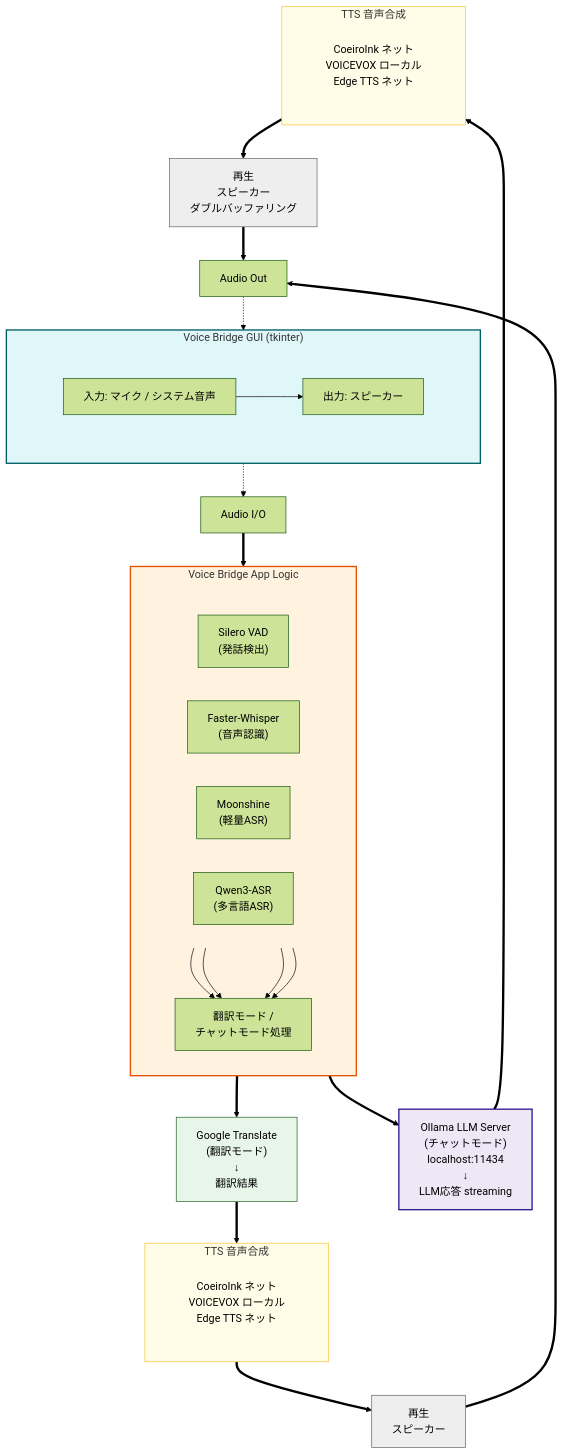
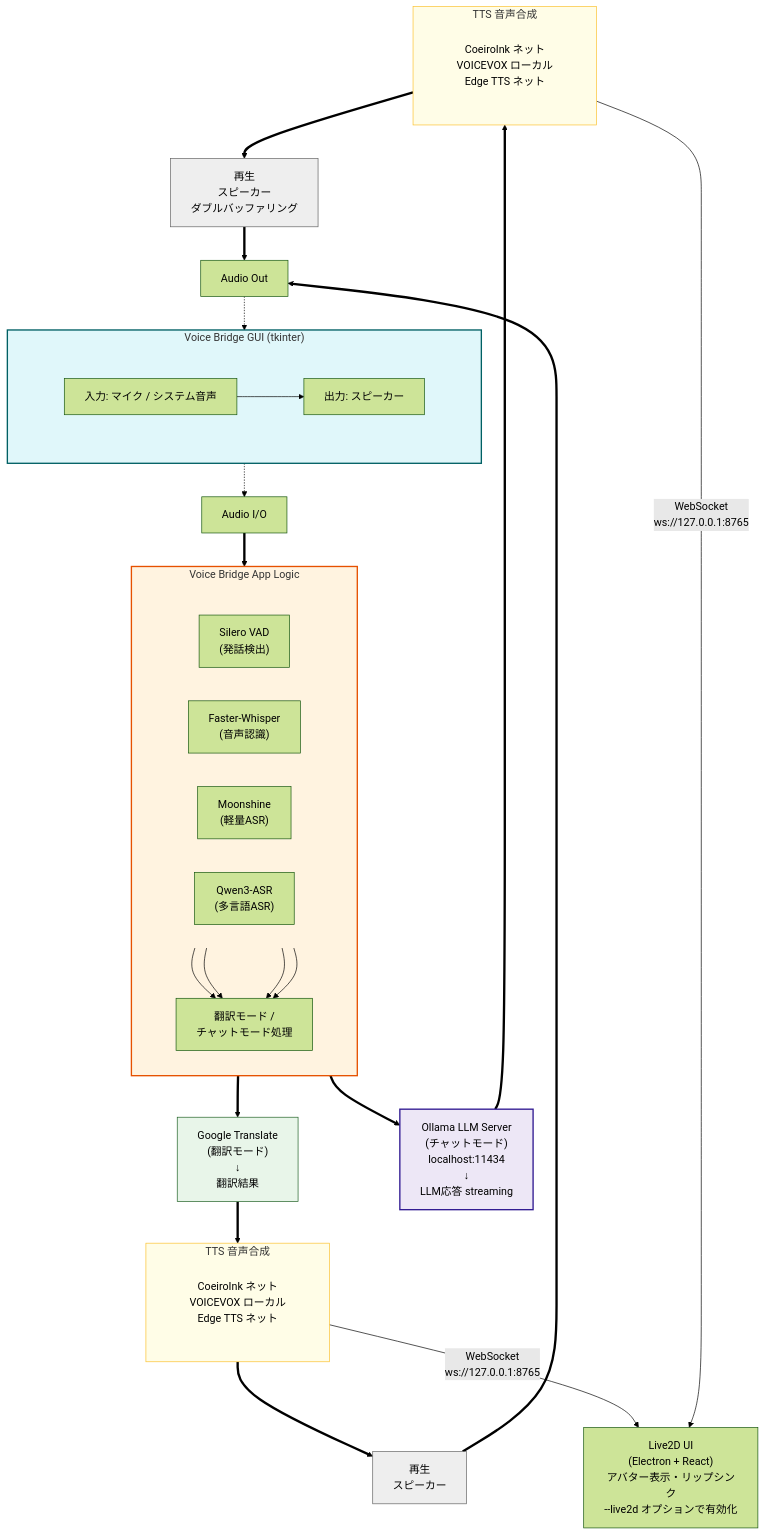
Before and after one commit to zephel01/voice-bridge: the diagram in docs/reference/ARCHITECTURE.md, drawn with Mermaid (forest theme). The commit also changed other lines of this file and 7 other files, not shown here.

````diff
--- a/docs/reference/ARCHITECTURE.md
+++ b/docs/reference/ARCHITECTURE.md
@@ -7,71 +7,75 @@
 ```mermaid
 graph TD
     %% GUI section
     subgraph GUI ["Voice Bridge GUI (tkinter)"]
         direction TB
         subgraph IO [" "]
             direction LR
             Input[入力: マイク / システム音声] --> Output[出力: スピーカー]
         end
     end
 
     %% I/O connectors
     Input -.-> AudioIO[Audio I/O]
     AudioOut[Audio Out] -.-> Output
 
     %% Core Logic section
     subgraph AppLogic ["Voice Bridge App Logic"]
         direction TB
 
         subgraph Detection [" "]
             direction LR
             VAD["Silero VAD<br/>(発話検出)"]
             Whisper["Faster-Whisper<br/>(音声認識)"]
             Moonshine["Moonshine<br/>(軽量ASR)"]
             Qwen3["Qwen3-ASR<br/>(多言語ASR)"]
         end
 
         VAD & Whisper & Moonshine & Qwen3 --> Process["翻訳モード /<br/>チャットモード処理"]
     end
 
     %% I/O to Logic
     AudioIO ==> VAD
 
     %% External Services
     Process ==> GoogleTrans["Google Translate<br/>(翻訳モード)<br/>↓<br/>翻訳結果"]
     Process ==> Ollama["Ollama LLM Server<br/>(チャットモード)<br/>localhost:11434<br/>↓<br/>LLM応答 streaming"]
 
     %% Translation mode path
     subgraph TTSTrans ["TTS 音声合成"]
         direction TB
         TTS_Options1["CoeiroInk ネット<br/>VOICEVOX ローカル<br/>Edge TTS ネット"]
     end
     GoogleTrans ==> TTSTrans
     TTSTrans ==> Play1["再生<br/>スピーカー"]
 
     %% Chat mode path
     subgraph TTSChat ["TTS 音声合成"]
         direction TB
         TTS_Options2["CoeiroInk ネット<br/>VOICEVOX ローカル<br/>Edge TTS ネット"]
     end
     Ollama ==> TTSChat
     TTSChat ==> Play2["再生<br/>スピーカー<br/>ダブルバッファリング"]
 
+    %% Live2D UI（翻訳・チャット共通オプション）
+    TTSTrans -->|"WebSocket<br/>ws://127.0.0.1:8765"| Live2D["Live2D UI<br/>(Electron + React)<br/>アバター表示・リップシンク<br/>--live2d オプションで有効化"]
+    TTSChat  -->|"WebSocket<br/>ws://127.0.0.1:8765"| Live2D
+
     %% Final output
     Play1 ==> AudioOut
     Play2 ==> AudioOut
 
     %% Styling
     style GUI fill:#e0f7fa,stroke:#006064,stroke-width:2px
     style AppLogic fill:#fff3e0,stroke:#e65100,stroke-width:2px
     style GoogleTrans fill:#e8f5e9,stroke:#1b5e20,stroke-width:1px
     style Ollama fill:#ede7f6,stroke:#311b92,stroke-width:2px
     style TTSTrans fill:#fffde7,stroke:#fbc02d,stroke-width:1px
     style TTSChat fill:#fffde7,stroke:#fbc02d,stroke-width:1px
     style Play1 fill:#eeeeee,stroke:#616161,stroke-width:1px
     style Play2 fill:#eeeeee,stroke:#616161,stroke-width:1px
     style IO fill:none,stroke:none
     style Detection fill:none,stroke:none
     style TTS_Options1 fill:none,stroke:none
     style TTS_Options2 fill:none,stroke:none
 ```
````
